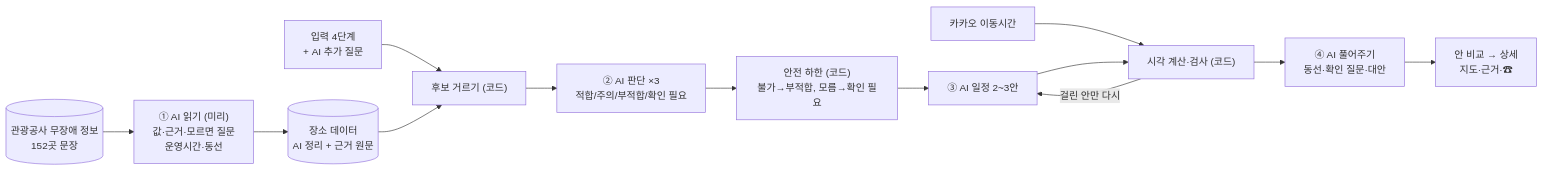
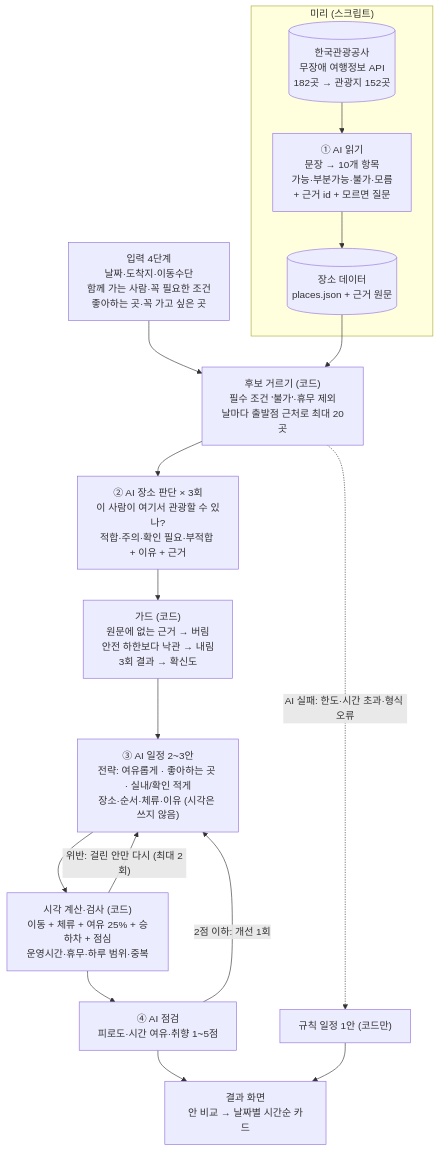
One commit to ieumgil/ieumgil-ai changed the diagram in README.md. Above: the diagram before and after it, drawn with Mermaid. The commit also changed other lines of this file and 4 other files, not shown here.

````diff
--- a/README.md
+++ b/README.md
@@ -52,15 +53,22 @@
 ```mermaid
-flowchart LR
-    D[("관광공사 무장애 정보<br/>152곳 문장")] --> R1["① AI 읽기 (미리)<br/>값·근거·모르면 질문<br/>운영시간·동선"]
-    R1 --> P[("장소 데이터<br/>AI 정리 + 근거 원문")]
-    A["입력 4단계<br/>+ AI 추가 질문"] --> F["후보 거르기 (코드)"]
-    P --> F
-    F --> J["② AI 판단 ×3<br/>적합/주의/부적합/확인 필요"]
-    J --> G["안전 하한 (코드)<br/>불가→부적합, 모름→확인 필요"]
-    G --> PL["③ AI 일정 2~3안"]
-    K["카카오 이동시간"] --> T
-    PL --> T["시각 계산·검사 (코드)"]
-    T -- "걸린 안만 다시" --> PL
-    T --> X["④ AI 풀어주기<br/>동선·확인 질문·대안"]
-    X --> S["안 비교 → 상세<br/>지도·근거·☎"]
+flowchart TB
+    subgraph PRE["미리 (스크립트)"]
+        D[("한국관광공사<br/>무장애 여행정보 API<br/>182곳 → 관광지 152곳")] --> R1["① AI 읽기<br/>문장 → 10개 항목<br/>가능·부분가능·불가·모름<br/>+ 근거 id + 모르면 질문"]
+        R1 --> P[("장소 데이터<br/>places.json + 근거 원문")]
+    end
+
+    A["입력 4단계<br/>날짜·도착지·이동수단<br/>함께 가는 사람·꼭 필요한 조건<br/>좋아하는 곳·꼭 가고 싶은 곳"] --> F
+    P --> F["후보 거르기 (코드)<br/>필수 조건 '불가'·휴무 제외<br/>날마다 출발점 근처로 최대 20곳"]
+
+    F --> J["② AI 장소 판단 × 3회<br/>이 사람이 여기서 관광할 수 있나?<br/>적합·주의·확인 필요·부적합 + 이유 + 근거"]
+    J --> G["가드 (코드)<br/>원문에 없는 근거 → 버림<br/>안전 하한보다 낙관 → 내림<br/>3회 결과 → 확신도"]
+    G --> PL["③ AI 일정 2~3안<br/>전략: 여유롭게 · 좋아하는 곳 · 실내/확인 적게<br/>장소·순서·체류·이유 (시각은 쓰지 않음)"]
+    PL --> T["시각 계산·검사 (코드)<br/>이동 + 체류 + 여유 25% + 승하차 + 점심<br/>운영시간·휴무·하루 범위·중복"]
+    T -->|"위반: 걸린 안만 다시 (최대 2회)"| PL
+    T --> RV["④ AI 점검<br/>피로도·시간 여유·취향 1~5점"]
+    RV -->|"2점 이하: 개선 1회"| PL
+    RV --> S["결과 화면<br/>안 비교 → 날짜별 시간순 카드"]
+
+    F -.->|"AI 실패: 한도·시간 초과·형식 오류"| FB["규칙 일정 1안 (코드만)"]
+    FB --> S
 ```
````
